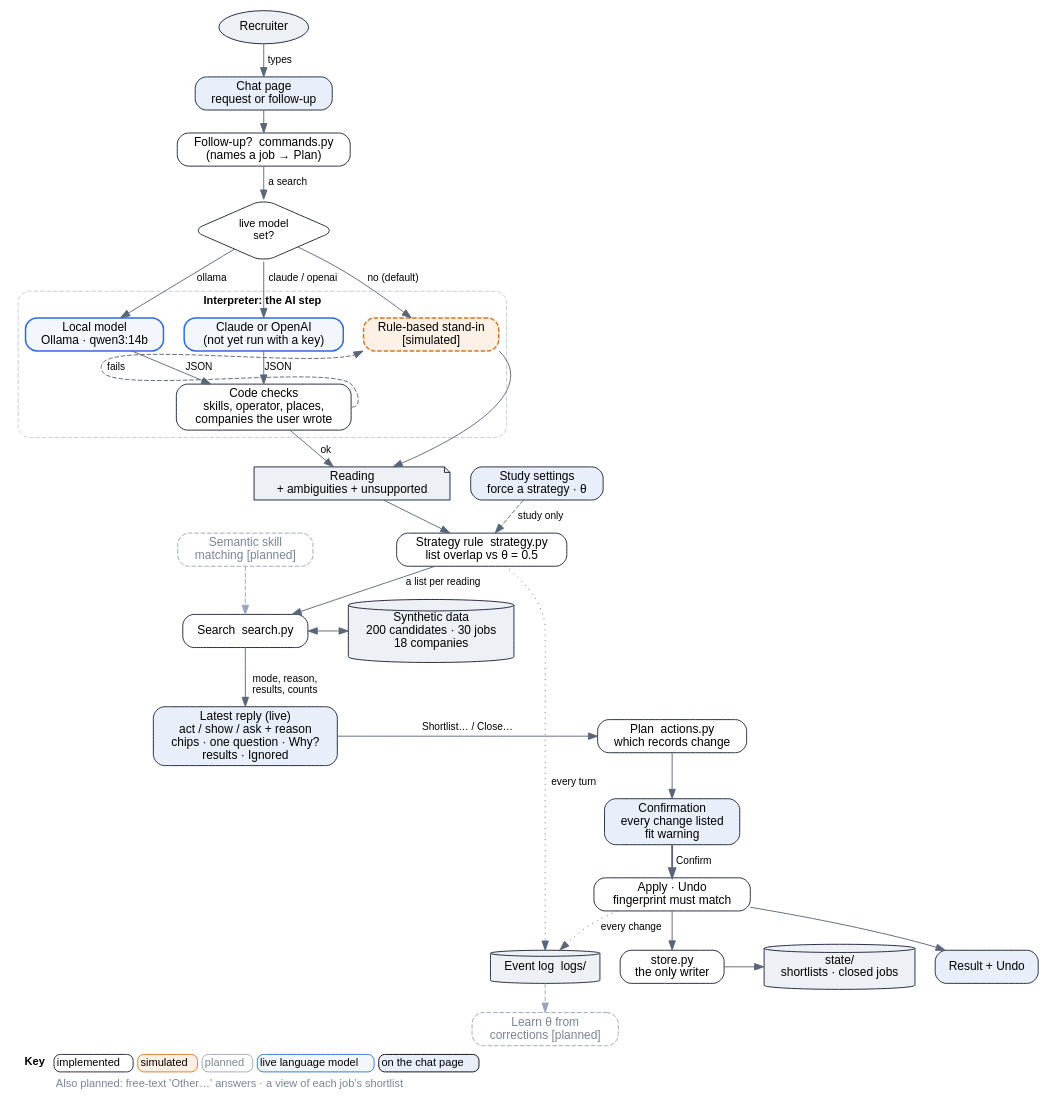
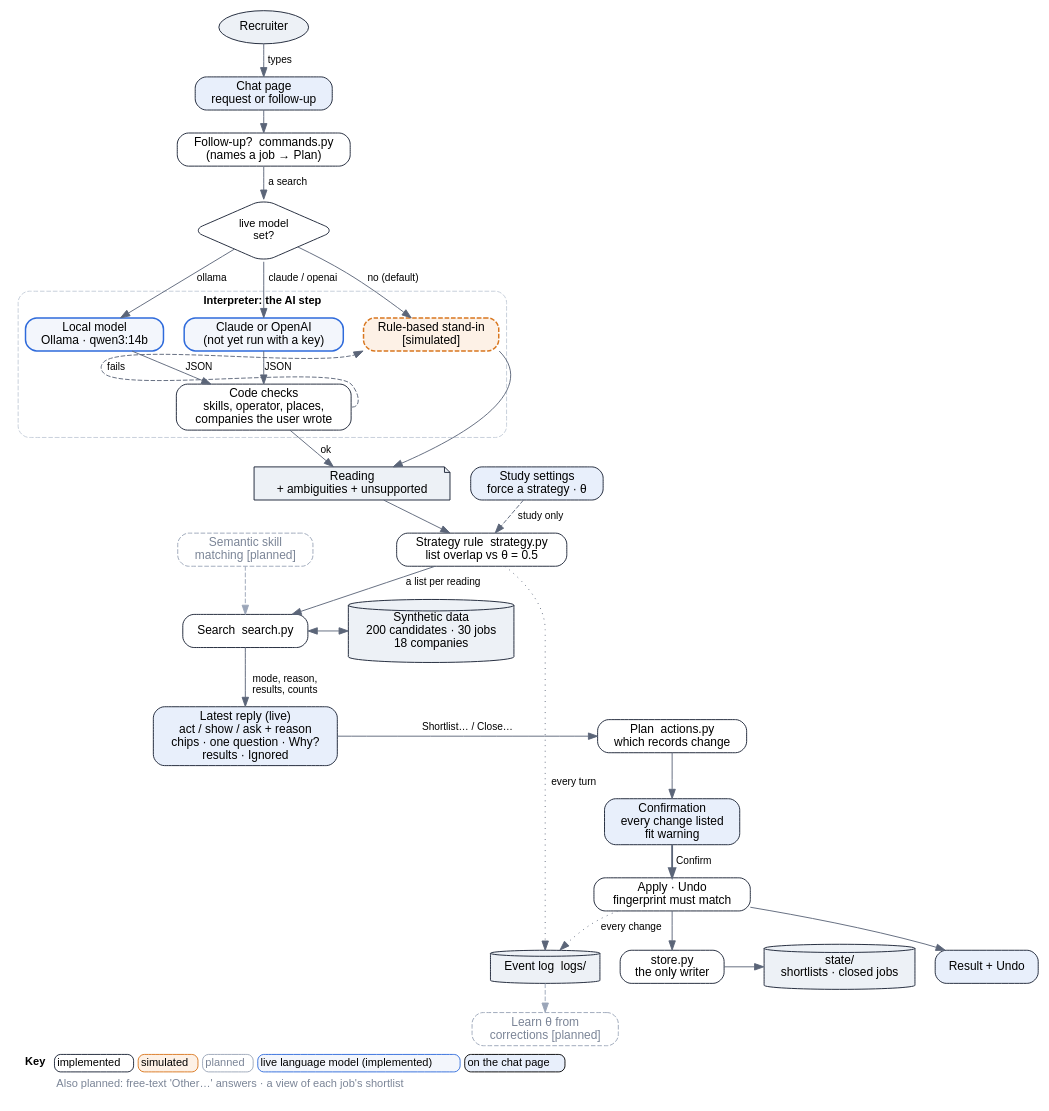
Before and after one commit to ar-pavel/ambiguity-aware-ai-search: the diagram in docs/system.dot, drawn with Graphviz. The commit also changed 2 other files, not shown here.

Commit message:
docs: mark the live-model boxes as implemented in the diagram key (#68)
Every box in the diagram now carries a status from the key: the blue
border means a live language model, which is implemented.

Closes #67

```diff
--- a/docs/system.dot
+++ b/docs/system.dot
@@ -1,92 +1,92 @@
 // System diagram. Render: dot -Tpng -Gdpi=200 docs/system.dot -o docs/system.png && dot -Tsvg docs/system.dot -o docs/system.svg
 // Left column: reading a request (top to bottom). Right column: changing records.
 // Border marks status: solid = implemented, orange dashed = simulated, grey dashed = planned,
-// blue = a live language model. Blue fill = on the chat page (web/); white = server (assistant/);
+// blue = a live language model (implemented). Blue fill = on the chat page (web/); white = server (assistant/);
 // cylinders = files on disk.
 digraph system {
   rankdir=TB; nodesep=0.3; ranksep=0.32; newrank=true;
   node [shape=box, style="rounded,filled", fillcolor="#ffffff", color="#172033", fontname="Helvetica", fontsize=13];
   edge [fontname="Helvetica", fontsize=11, color="#5b6578"];
 
   recruiter [label="Recruiter", shape=ellipse, fillcolor="#edf1f6"];
   request [label="Chat page\nrequest or follow-up", fillcolor="#e8effb"];
   settings [label="Study settings\nforce a strategy · θ", fillcolor="#e8effb"];
   cmd [label="Follow-up?  commands.py\n(names a job → Plan)"];
   route [label="live model\nset?", shape=diamond, fontsize=12];
 
   subgraph cluster_interp {
     label="Interpreter: the AI step"; labelloc=t; fontname="Helvetica-Bold"; fontsize=12;
     color="#c4ccd8"; style="rounded,dashed";
     ollama [label="Local model\nOllama · qwen3:14b", fillcolor="#f3f6fc", color="#2f6bdb", penwidth=1.6];
     cloud [label="Claude or OpenAI\n(not yet run with a key)", fillcolor="#f3f6fc", color="#2f6bdb", penwidth=1.6];
     rules [label="Rule-based stand-in\n[simulated]", style="rounded,filled,dashed", fillcolor="#fdf1e6", color="#d9771f", penwidth=1.6];
     checks [label="Code checks\nskills, operator, places,\ncompanies the user wrote"];
   }
 
   reading [label="Reading\n+ ambiguities + unsupported", shape=note, fillcolor="#edf1f6"];
   rule [label="Strategy rule  strategy.py\nlist overlap vs θ = 0.5"];
   search [label="Search  search.py"];
   reply [label="Latest reply (live)\nact / show / ask + reason\nchips · one question · Why?\nresults · Ignored", fillcolor="#e8effb"];
 
   plan [label="Plan  actions.py\nwhich records change"];
   confirm [label="Confirmation\nevery change listed\nfit warning", fillcolor="#e8effb"];
   apply [label="Apply · Undo\nfingerprint must match"];
   store [label="store.py\nthe only writer"];
   result [label="Result + Undo", fillcolor="#e8effb"];
 
   data [label="Synthetic data\n200 candidates · 30 jobs\n18 companies", shape=cylinder, fillcolor="#edf1f6"];
   state [label="state/\nshortlists · closed jobs", shape=cylinder, fillcolor="#edf1f6"];
   log [label="Event log  logs/", shape=cylinder, fillcolor="#edf1f6"];
 
   learn [label="Learn θ from\ncorrections [planned]", style="rounded,dashed", color="#9aa5b8", fontcolor="#7b8597"];
   semantic [label="Semantic skill\nmatching [planned]", style="rounded,dashed", color="#9aa5b8", fontcolor="#7b8597"];
 
   {rank=same; reading; settings}
   {rank=same; ollama; cloud; rules}
   {rank=same; search; data}
   {rank=same; reply; plan}
   {rank=same; store; state}
 
   // reading a request
   recruiter -> request [label=" types"];
   request -> cmd;
   cmd -> route [label=" a search"];
   route -> ollama [label="ollama"];
   route -> cloud [label="claude / openai"];
   route -> rules [label="no (default)"];
   ollama -> checks [label=" JSON"];
   cloud -> checks [label=" JSON"];
   checks:e -> rules:sw [label=" fails", style=dashed, constraint=false];
   checks -> reading [label=" ok"];
   rules:se -> reading;
   reading -> rule;
   settings -> rule [style=dashed, label=" study only"];
   rule -> search [label=" a list per reading"];
   search -> data [dir=both, constraint=false];
   search -> reply [label=" mode, reason,\n results, counts"];
   semantic -> search [style=dashed, color="#9aa5b8"];
 
   // changing records
   reply -> plan [label=" Shortlist… / Close…"];
   plan -> confirm;
   confirm -> apply [label=" Confirm", style=bold];
   apply -> store;
   store -> state;
   apply -> result;
 
   // evaluation
   rule -> log [style=dotted, label=" every turn"];
   apply -> log [style=dotted, label=" every change"];
   log -> learn [style=dashed, color="#9aa5b8"];
 
   labelloc=b; labeljust=l; fontname="Helvetica"; fontsize=12;
   label=<<table border="0" cellborder="0" cellspacing="5">
     <tr><td align="left"><b>Key</b></td>
         <td border="1" style="rounded" color="#172033">implemented</td>
         <td border="1" style="rounded" color="#d9771f" bgcolor="#fdf1e6">simulated</td>
         <td border="1" style="rounded" color="#9aa5b8"><font color="#7b8597">planned</font></td>
-        <td border="1" style="rounded" color="#2f6bdb" bgcolor="#f3f6fc">live language model</td>
+        <td border="1" style="rounded" color="#2f6bdb" bgcolor="#f3f6fc">live language model (implemented)</td>
         <td border="1" style="rounded" bgcolor="#e8effb">on the chat page</td></tr>
     <tr><td></td><td colspan="5" align="left"><font color="#7b8597">Also planned: free-text 'Other…' answers · a view of each job's shortlist</font></td></tr>
   </table>>;
 }
```
